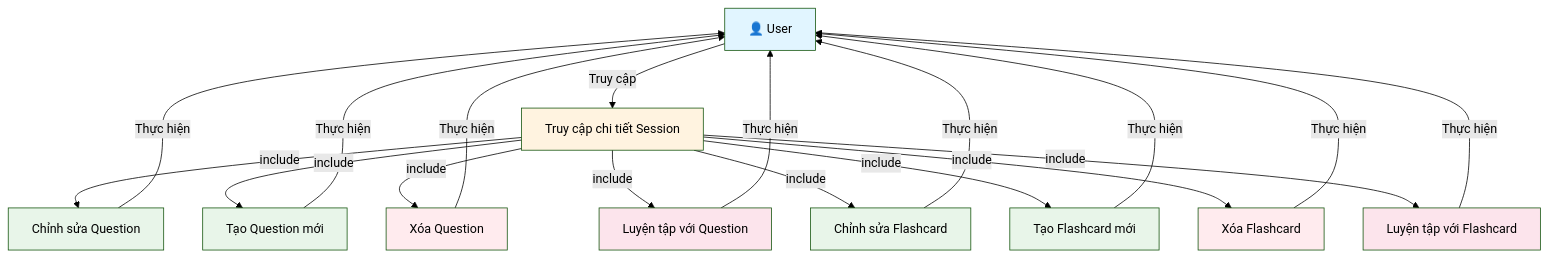
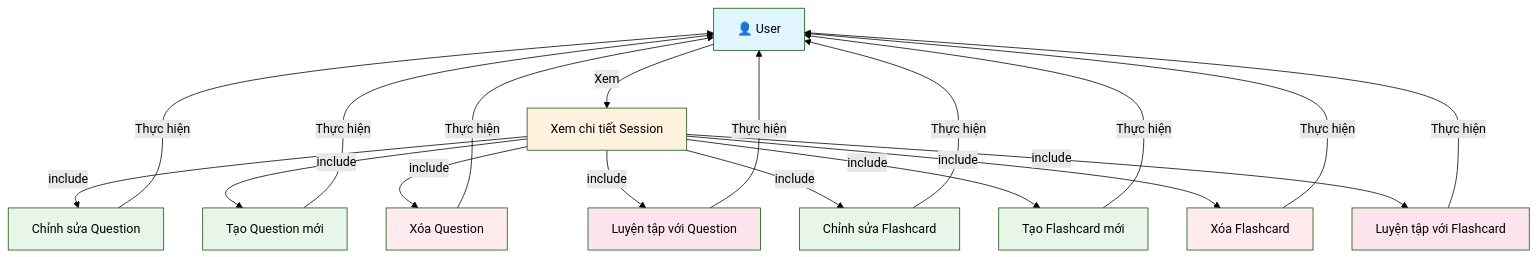
Before and after one commit to mduc-2610/gp_doc: the diagram in question/1_question_management_usecase.md, drawn with Mermaid (forest theme). The commit also changed other lines of this file and 8 other files, not shown here.

````diff
--- a/question/1_question_management_usecase.md
+++ b/question/1_question_management_usecase.md
@@ -4,52 +4,52 @@
 ```mermaid
 graph TB
     Actor["👤 User"]
     
-    AccessSessionDetail["Truy cập chi tiết Session"]
+    ViewSessionDetail["Xem chi tiết Session"]
     EditQuestion["Chỉnh sửa Question"]
     CreateQuestion["Tạo Question mới"]
     DeleteQuestion["Xóa Question"]
     PracticeQuestion["Luyện tập với Question"]
     
     EditFlashcard["Chỉnh sửa Flashcard"]
     CreateFlashcard["Tạo Flashcard mới"]
     DeleteFlashcard["Xóa Flashcard"]
     PracticeFlashcard["Luyện tập với Flashcard"]
     
-    Actor -->|Truy cập| AccessSessionDetail
+    Actor -->|Xem| ViewSessionDetail
     
-    AccessSessionDetail -->|include| EditQuestion
+    ViewSessionDetail -->|include| EditQuestion
     EditQuestion -->|Thực hiện| Actor
     
-    AccessSessionDetail -->|include| CreateQuestion
+    ViewSessionDetail -->|include| CreateQuestion
     CreateQuestion -->|Thực hiện| Actor
     
-    AccessSessionDetail -->|include| DeleteQuestion
+    ViewSessionDetail -->|include| DeleteQuestion
     DeleteQuestion -->|Thực hiện| Actor
     
-    AccessSessionDetail -->|include| PracticeQuestion
+    ViewSessionDetail -->|include| PracticeQuestion
     PracticeQuestion -->|Thực hiện| Actor
     
-    AccessSessionDetail -->|include| EditFlashcard
+    ViewSessionDetail -->|include| EditFlashcard
     EditFlashcard -->|Thực hiện| Actor
     
-    AccessSessionDetail -->|include| CreateFlashcard
+    ViewSessionDetail -->|include| CreateFlashcard
     CreateFlashcard -->|Thực hiện| Actor
     
-    AccessSessionDetail -->|include| DeleteFlashcard
+    ViewSessionDetail -->|include| DeleteFlashcard
     DeleteFlashcard -->|Thực hiện| Actor
     
-    AccessSessionDetail -->|include| PracticeFlashcard
+    ViewSessionDetail -->|include| PracticeFlashcard
     PracticeFlashcard -->|Thực hiện| Actor
     
     style Actor fill:#e1f5ff
-    style AccessSessionDetail fill:#fff3e0
+    style ViewSessionDetail fill:#fff3e0
     style EditQuestion fill:#e8f5e9
     style CreateQuestion fill:#e8f5e9
     style DeleteQuestion fill:#ffebee
     style PracticeQuestion fill:#fce4ec
     style EditFlashcard fill:#e8f5e9
     style CreateFlashcard fill:#e8f5e9
     style DeleteFlashcard fill:#ffebee
     style PracticeFlashcard fill:#fce4ec
 ```
````
